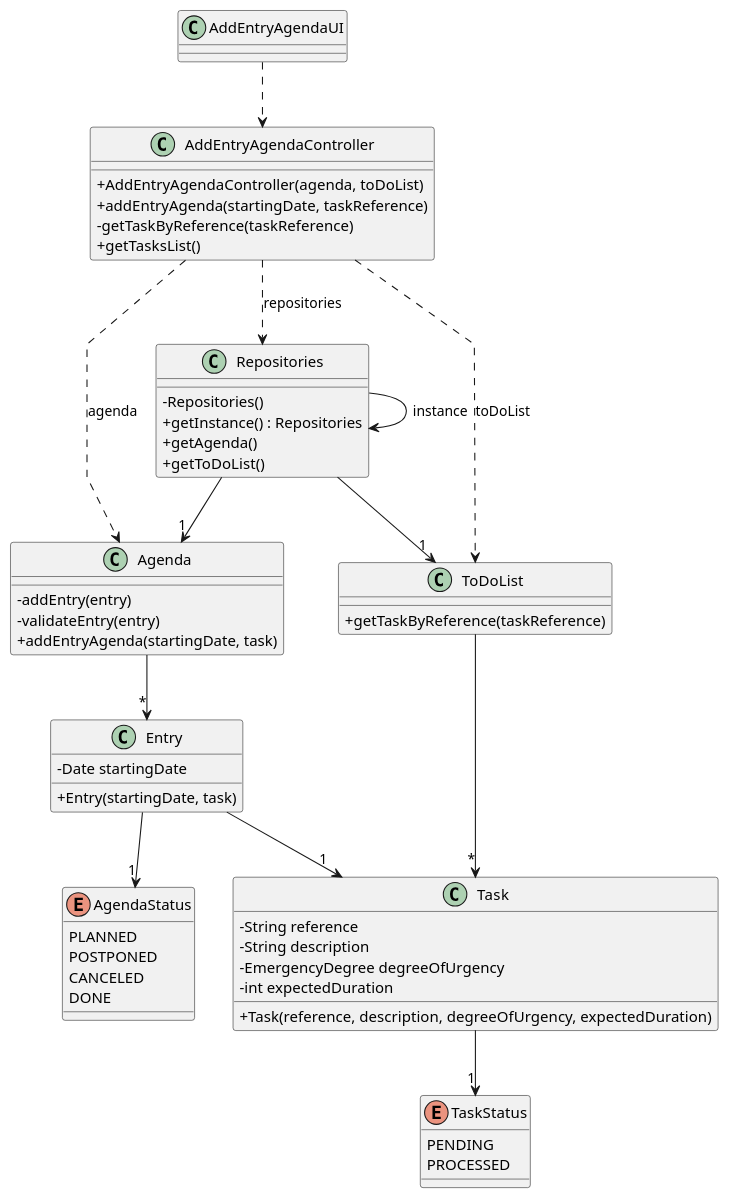
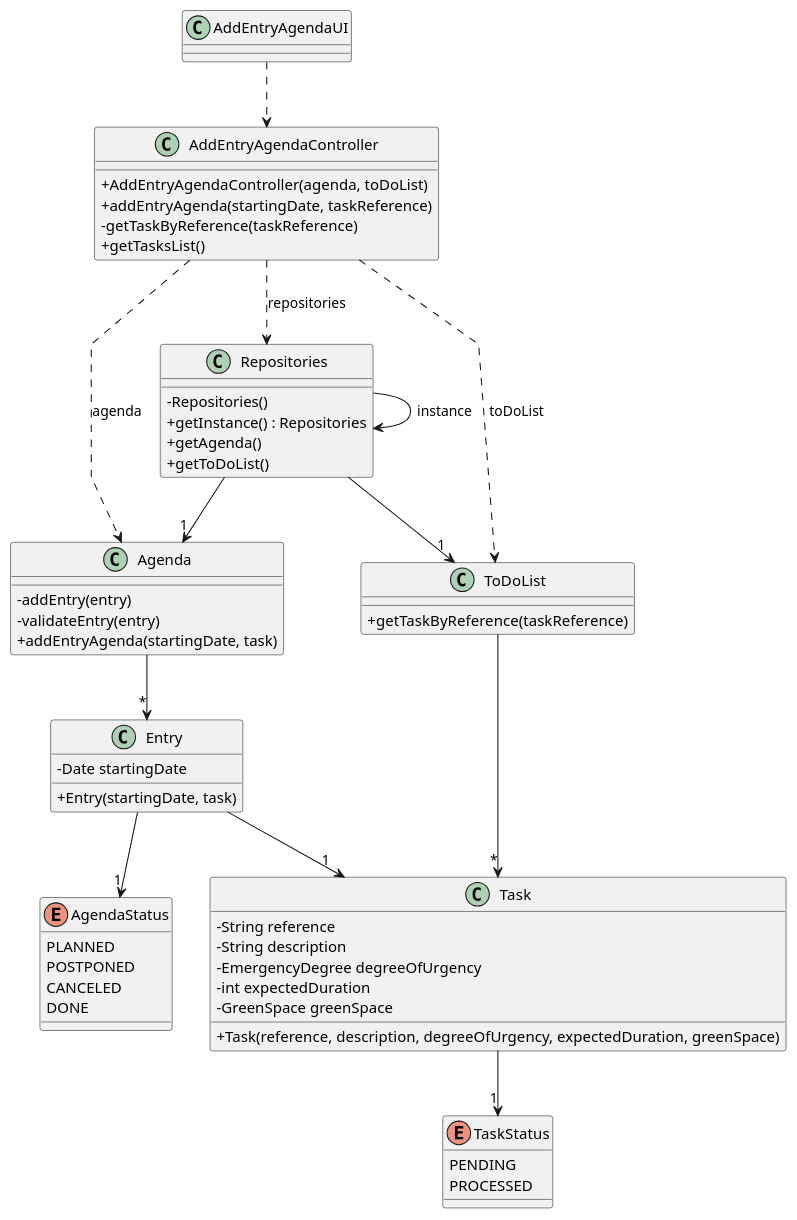
Before and after one commit to daniel41silva05/ISEP_2023_2024_LAPR2: the diagram in docs/sprintA&B&C/us022/03.design/puml/us022-class-diagram.puml, drawn with PlantUML. The commit also changed 6 other files, not shown here.

```diff
--- a/docs/sprintA&B&C/us022/03.design/puml/us022-class-diagram.puml
+++ b/docs/sprintA&B&C/us022/03.design/puml/us022-class-diagram.puml
@@ -1,77 +1,78 @@
 @startuml
 'skinparam monochrome true
 skinparam packageStyle rectangle
 skinparam shadowing false
 skinparam linetype polyline
 'skinparam linetype orto
 
 skinparam classAttributeIconSize 0
 
 'left to right direction
 
 class AddEntryAgendaUI {
 }
 
 class AddEntryAgendaController {
     +AddEntryAgendaController(agenda, toDoList)
     +addEntryAgenda(startingDate, taskReference)
     -getTaskByReference(taskReference)
     +getTasksList()
 }
 
 class Agenda {
     -addEntry(entry)
     -validateEntry(entry)
     +addEntryAgenda(startingDate, task)
 }
 
 class Entry {
     -Date startingDate
     +Entry(startingDate, task)
 }
 
 class ToDoList {
     +getTaskByReference(taskReference)
 }
 
 class Task {
     -String reference
     -String description
     -EmergencyDegree degreeOfUrgency
     -int expectedDuration
-    +Task(reference, description, degreeOfUrgency, expectedDuration)
+    -GreenSpace greenSpace
+    +Task(reference, description, degreeOfUrgency, expectedDuration, greenSpace)
 }
 
 class Repositories {
     - Repositories()
     + getInstance() : Repositories
     + getAgenda()
     + getToDoList()
 }
 
 enum AgendaStatus {
     PLANNED
     POSTPONED
     CANCELED
     DONE
 }
 
 enum TaskStatus {
     PENDING
     PROCESSED
 }
 
 AddEntryAgendaUI ..> AddEntryAgendaController
 AddEntryAgendaController ..> Repositories: repositories
 AddEntryAgendaController ..> Agenda: agenda
 AddEntryAgendaController ..> ToDoList: toDoList
 Repositories --> Repositories: instance
 Repositories --> "1" Agenda
 Repositories --> "1" ToDoList
 Agenda --> "*" Entry
 ToDoList --> "*" Task
 Entry --> "1" Task
 Entry --> "1" AgendaStatus
 Task --> "1" TaskStatus
 
 @enduml
```
